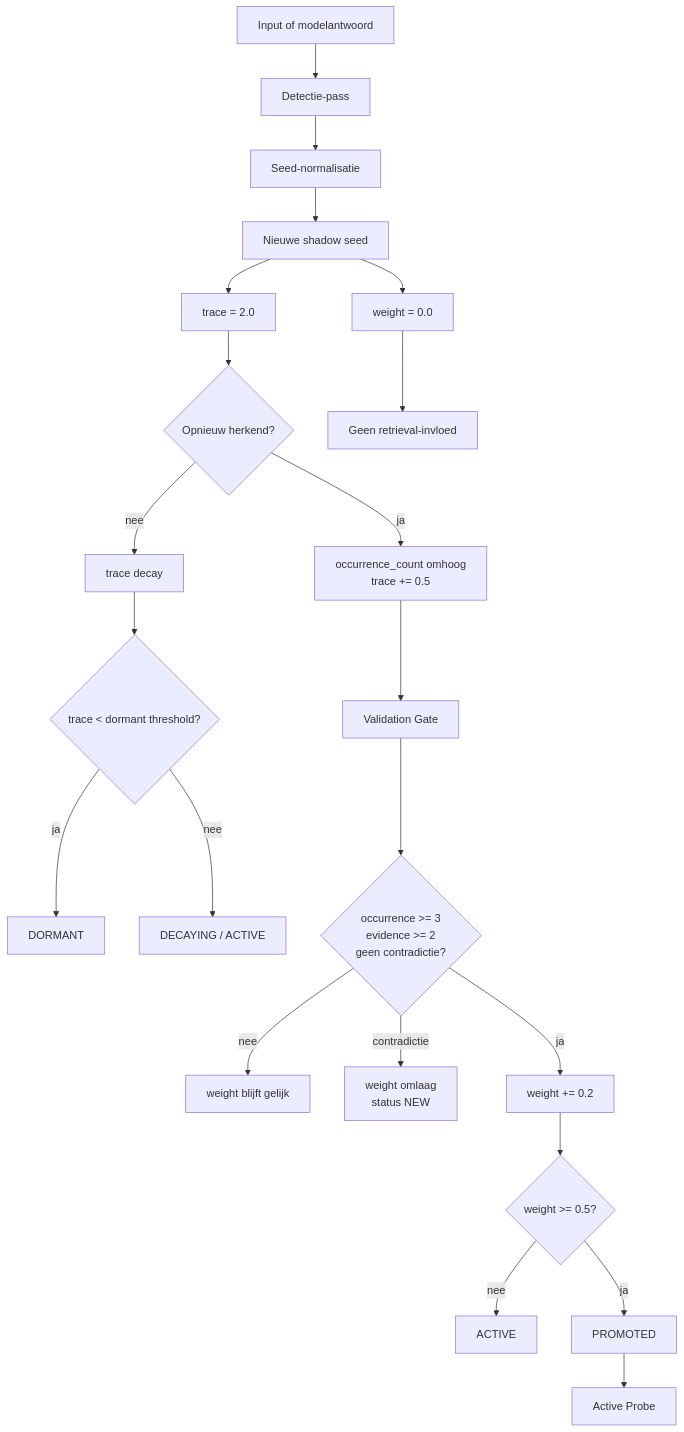
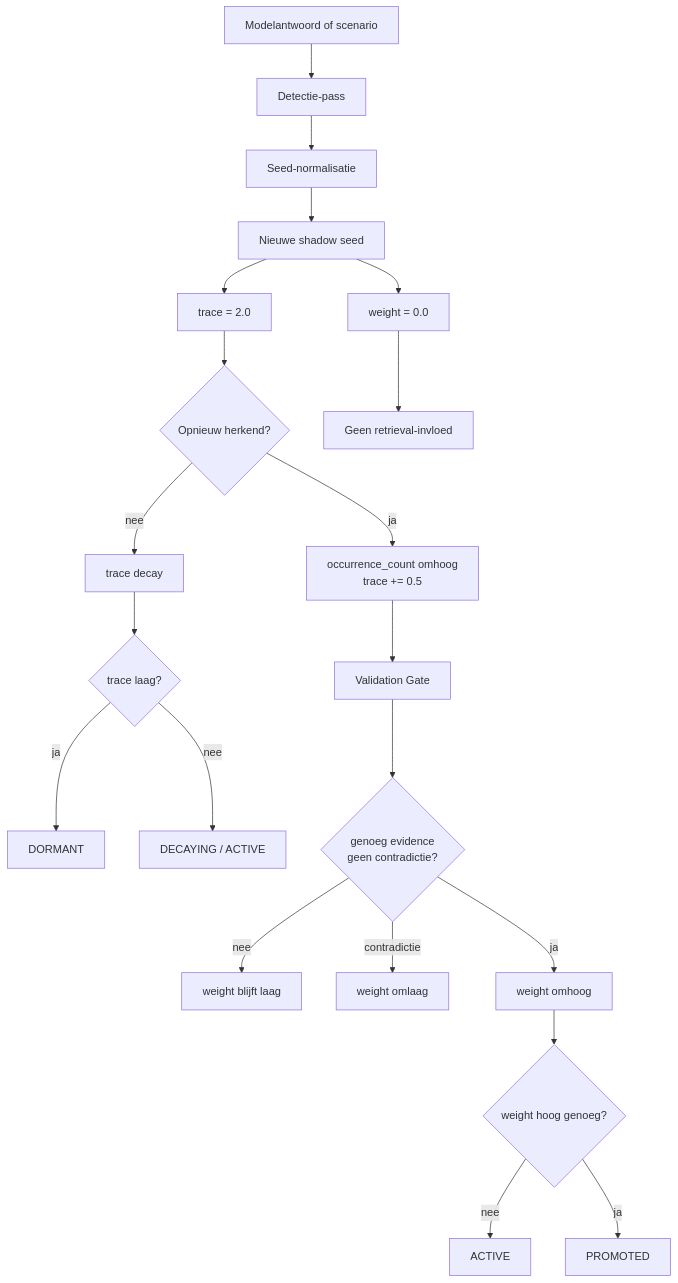
The diagram in README.md (E-AI-MODEL/shadowseed), drawn with Mermaid before and after one commit. The commit also changed other lines of this file, not shown here.

````diff
--- a/README.md
+++ b/README.md
@@ -52,26 +90,25 @@
 ```mermaid
 flowchart TD
-    A[Input of modelantwoord] --> B[Detectie-pass]
+    A[Modelantwoord of scenario] --> B[Detectie-pass]
     B --> C[Seed-normalisatie]
     C --> D[Nieuwe shadow seed]
     D --> E[trace = 2.0]
     D --> F[weight = 0.0]
 
     E --> G{Opnieuw herkend?}
     G -- ja --> H[occurrence_count omhoog<br/>trace += 0.5]
     G -- nee --> I[trace decay]
-    I --> J{trace < dormant threshold?}
+    I --> J{trace laag?}
     J -- ja --> K[DORMANT]
     J -- nee --> L[DECAYING / ACTIVE]
 
     F --> M[Geen retrieval-invloed]
     H --> N[Validation Gate]
-    N --> O{occurrence >= 3<br/>evidence >= 2<br/>geen contradictie?}
-    O -- nee --> P[weight blijft gelijk]
-    O -- contradictie --> Q[weight omlaag<br/>status NEW]
-    O -- ja --> R[weight += 0.2]
-    R --> S{weight >= 0.5?}
+    N --> O{genoeg evidence<br/>geen contradictie?}
+    O -- nee --> P[weight blijft laag]
+    O -- contradictie --> Q[weight omlaag]
+    O -- ja --> R[weight omhoog]
+    R --> S{weight hoog genoeg?}
     S -- nee --> T[ACTIVE]
     S -- ja --> U[PROMOTED]
-    U --> V[Active Probe]
 ```
````
